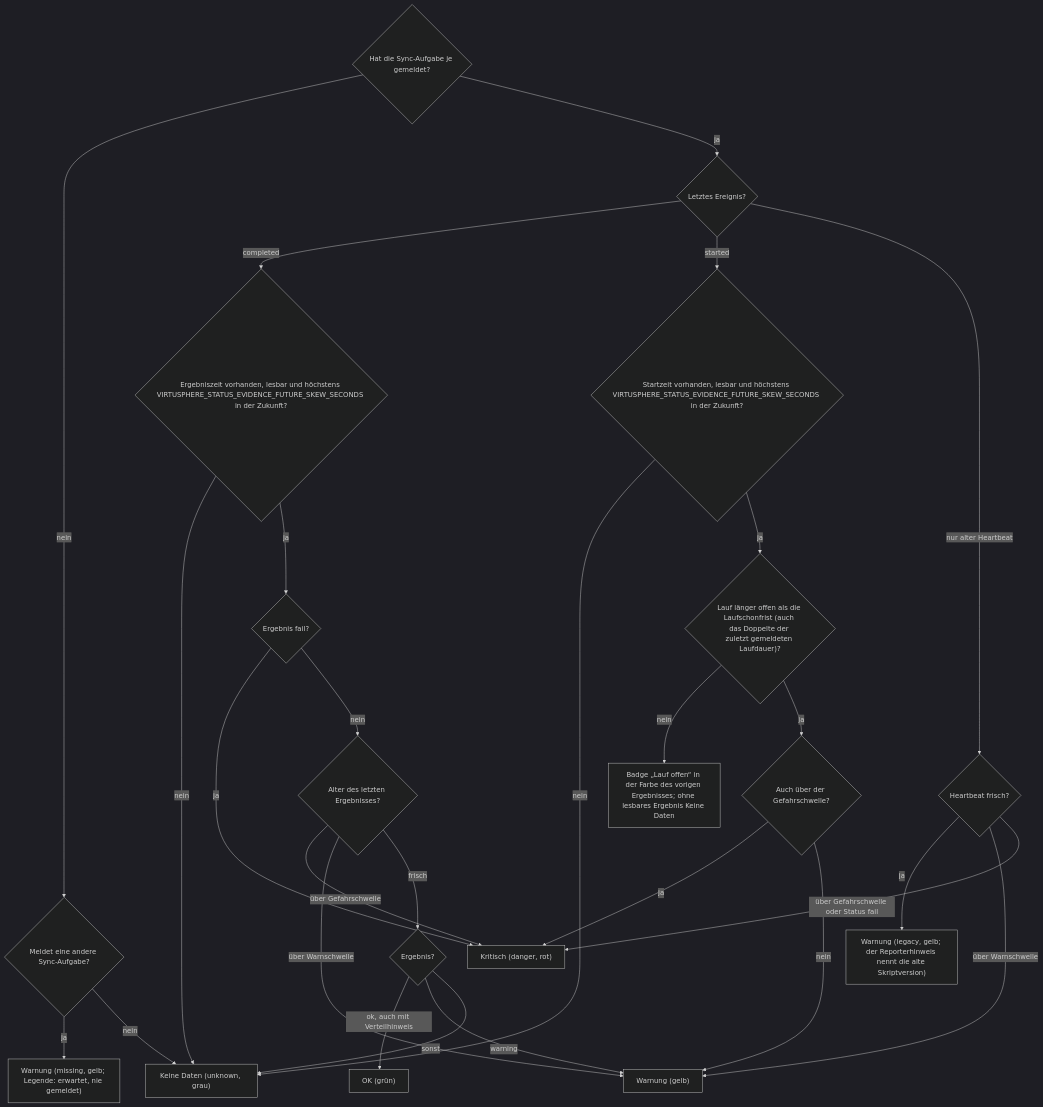
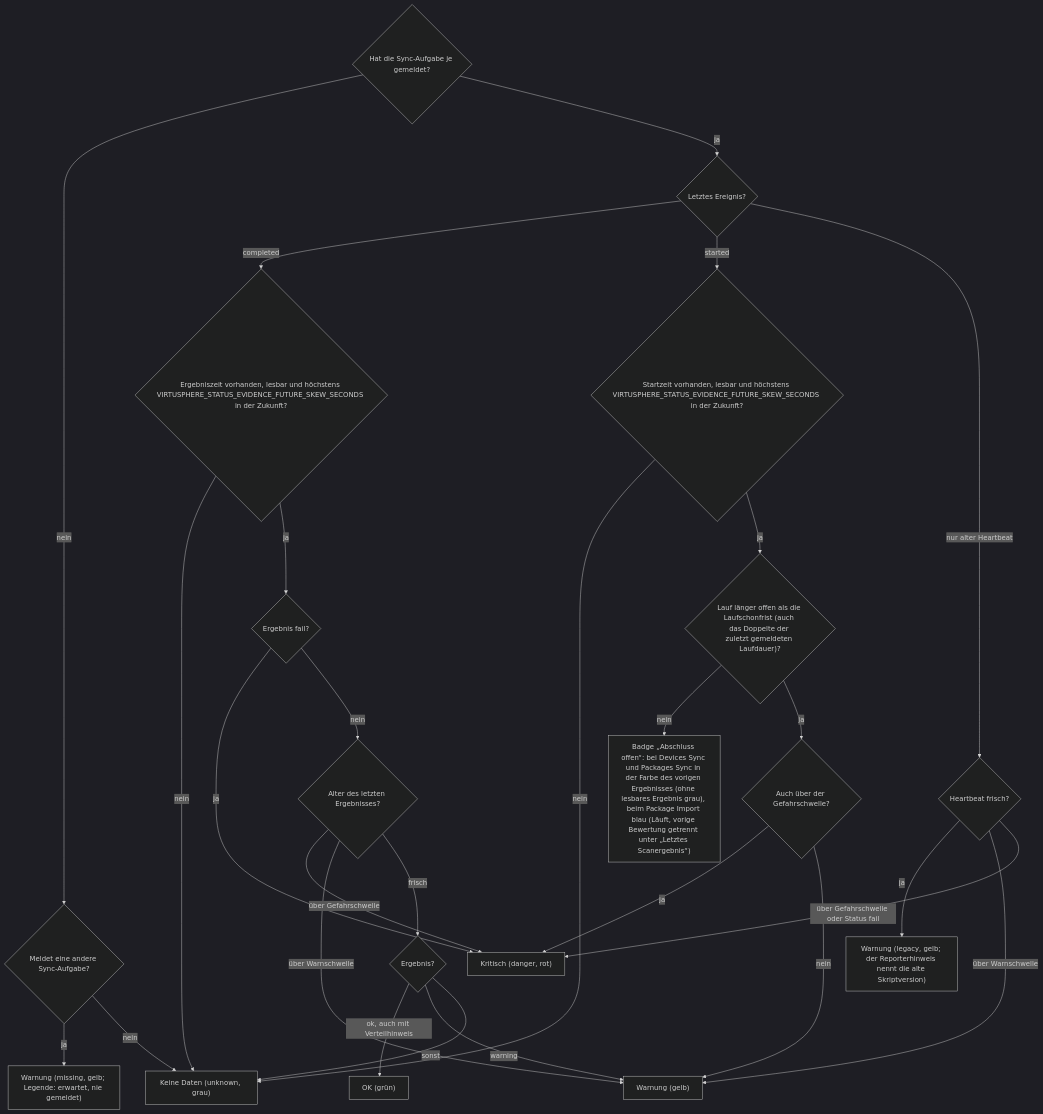
The sixth of 13 diagrams in docs/operations/system-status-checks.md (Samy94M/VirtuSphere-v2-WebApp), drawn with Mermaid (dark theme) before and after one commit. The commit also changed other lines of this file and 12 other files, not shown here.

First line of the commit message:
TS1-K1: align operations docs and diagrams with the code after the text audit

````diff
--- a/docs/operations/system-status-checks.md
+++ b/docs/operations/system-status-checks.md
@@ -170,29 +171,29 @@
 ```mermaid
 flowchart TD
   A{"Hat die Sync-Aufgabe je gemeldet?"} -->|nein| A1{"Meldet eine andere Sync-Aufgabe?"}
   A1 -->|ja| MI["Warnung (missing, gelb; Legende: erwartet, nie gemeldet)"]
   A1 -->|nein| UK["Keine Daten (unknown, grau)"]
   A -->|ja| L{"Letztes Ereignis?"}
   L -->|completed| CT{"Ergebniszeit vorhanden, lesbar und höchstens VIRTUSPHERE_STATUS_EVIDENCE_FUTURE_SKEW_SECONDS in der Zukunft?"}
   CT -->|nein| UK
   CT -->|ja| CP{"Ergebnis fail?"}
   CP -->|ja| RD["Kritisch (danger, rot)"]
   CP -->|nein| CA{"Alter des letzten Ergebnisses?"}
   CA -->|über Gefahrschwelle| RD
   CA -->|über Warnschwelle| YL["Warnung (gelb)"]
   CA -->|frisch| CO{"Ergebnis?"}
   CO -->|ok, auch mit Verteilhinweis| GR["OK (grün)"]
   CO -->|warning| YL
   CO -->|sonst| UK
   L -->|started| SZ{"Startzeit vorhanden, lesbar und höchstens VIRTUSPHERE_STATUS_EVIDENCE_FUTURE_SKEW_SECONDS in der Zukunft?"}
   SZ -->|nein| UK
   SZ -->|ja| ST{"Lauf länger offen als die Laufschonfrist (auch das Doppelte der zuletzt gemeldeten Laufdauer)?"}
-  ST -->|nein| SR["Badge „Lauf offen“ in der Farbe des vorigen Ergebnisses; ohne lesbares Ergebnis Keine Daten"]
+  ST -->|nein| SR["Badge „Abschluss offen“: bei Devices Sync und Packages Sync in der Farbe des vorigen Ergebnisses (ohne lesbares Ergebnis grau), beim Package Import blau (Läuft, vorige Bewertung getrennt unter „Letztes Scanergebnis“)"]
   ST -->|ja| SD{"Auch über der Gefahrschwelle?"}
   SD -->|ja| RD
   SD -->|nein| YL
   L -->|nur alter Heartbeat| LG{"Heartbeat frisch?"}
   LG -->|ja| LE["Warnung (legacy, gelb; der Reporterhinweis nennt die alte Skriptversion)"]
   LG -->|über Warnschwelle| YL
   LG -->|über Gefahrschwelle oder Status fail| RD
 ```
````
